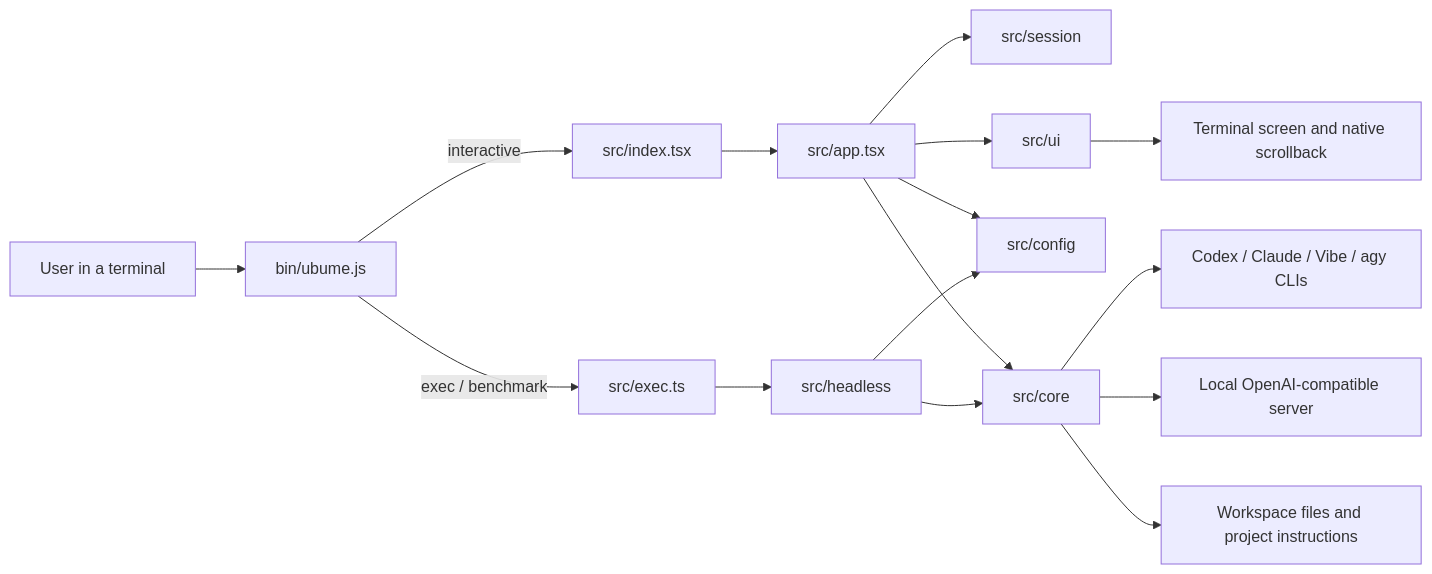
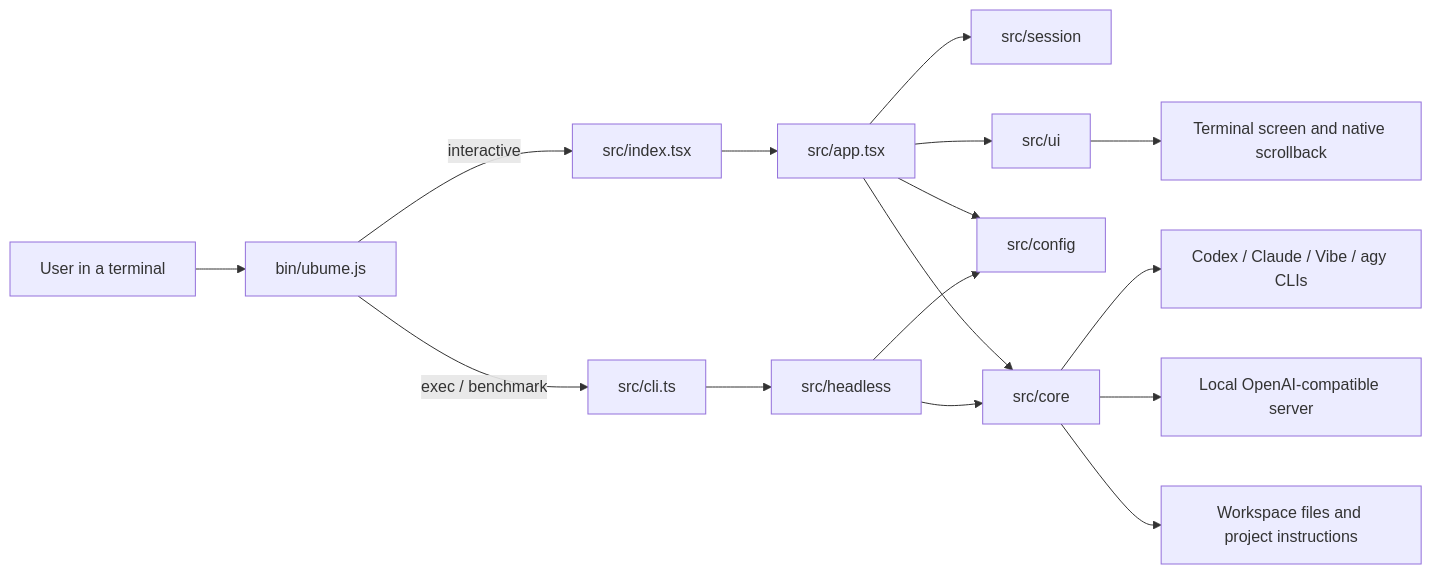
The second of 9 diagrams in docs/ARCHITECTURE.md (golba98/Codexa), drawn with Mermaid before and after one commit. The commit also changed other lines of this file and 7 other files, not shown here.

First line of the commit message:
fix(dev): run headless dev launches through src/cli.ts

````diff
--- a/docs/ARCHITECTURE.md
+++ b/docs/ARCHITECTURE.md
@@ -56,21 +56,21 @@
 ```mermaid
 flowchart LR
   User[User in a terminal] --> Launcher[bin/ubume.js]
   Launcher -->|interactive| Entry[src/index.tsx]
-  Launcher -->|exec / benchmark| Exec[src/exec.ts]
+  Launcher -->|exec / benchmark| Exec[src/cli.ts]
 
   Entry --> App[src/app.tsx]
   App --> Session[src/session]
   App --> UI[src/ui]
   App --> Config[src/config]
   App --> Core[src/core]
 
   Exec --> Headless[src/headless]
   Headless --> Config
   Headless --> Core
 
   Core --> ProviderCLIs[Codex / Claude / Vibe / agy CLIs]
   Core --> LocalServer[Local OpenAI-compatible server]
   Core --> Workspace[Workspace files and project instructions]
   UI --> Terminal[Terminal screen and native scrollback]
 ```
````
